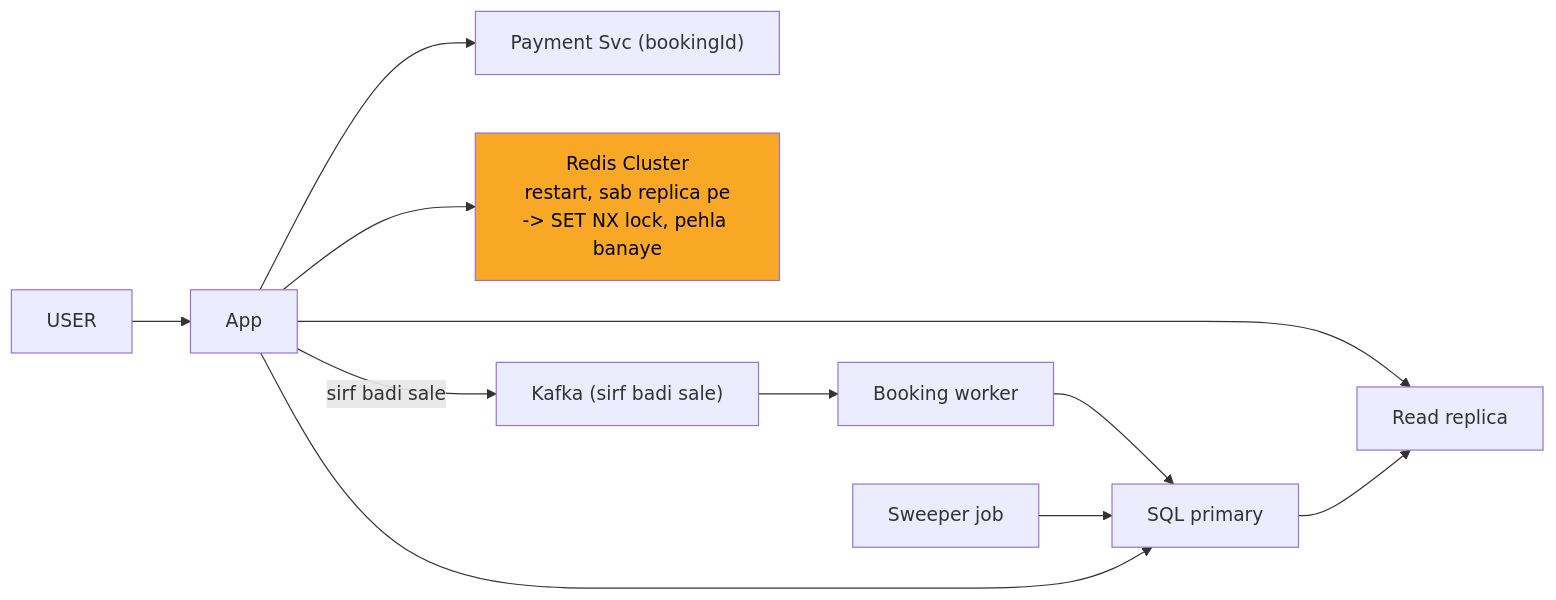
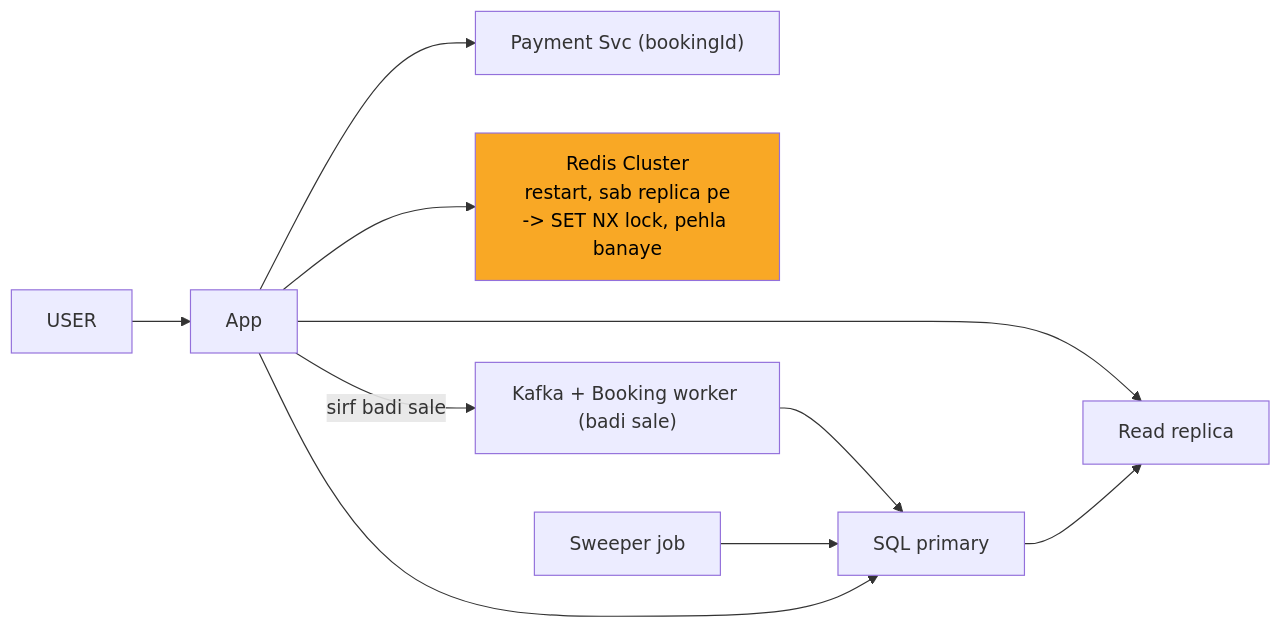
Before and after one commit to ArpanMaheshwari144/Prep: the seventh of 9 diagrams in 04_HLD/SYSTEM_DESIGNS/09_bookmyshow/09_bookmyshow_INTERVIEW.md, drawn with Mermaid. The commit also changed other lines of this file and 11 other files, not shown here.

Commit message:
hld: card diagrams max 8 boxes (App x N, merged stores/chains; full diagram only in AAKHRI DABBA)

````diff
--- a/04_HLD/SYSTEM_DESIGNS/09_bookmyshow/09_bookmyshow_INTERVIEW.md
+++ b/04_HLD/SYSTEM_DESIGNS/09_bookmyshow/09_bookmyshow_INTERVIEW.md
@@ -253,23 +251,21 @@
 ```mermaid
 flowchart LR
     n_USER["USER"]
     n_App["App"]
     n_Payment_Svc["Payment Svc (bookingId)"]
     n_Redis["Redis Cluster<br/>restart, sab replica pe<br/>-> SET NX lock, pehla banaye"]
     n_Read_replica["Read replica"]
-    n_Kafka["Kafka (sirf badi sale)"]
-    n_Booking_worker["Booking worker"]
+    n_KB["Kafka + Booking worker (badi sale)"]
     n_SQL_primary["SQL primary"]
     n_Sweeper_job["Sweeper job"]
     n_USER --> n_App
     n_App --> n_Payment_Svc
     n_App --> n_Redis
     n_App --> n_Read_replica
-    n_App -->|sirf badi sale| n_Kafka
-    n_Kafka --> n_Booking_worker
-    n_Booking_worker --> n_SQL_primary
+    n_App --> |sirf badi sale| n_KB
+    n_KB --> n_SQL_primary
     n_Sweeper_job --> n_SQL_primary
     n_App --> n_SQL_primary
     n_SQL_primary --> n_Read_replica
     style n_Redis fill:#f9a825,color:#000
 ```
````
